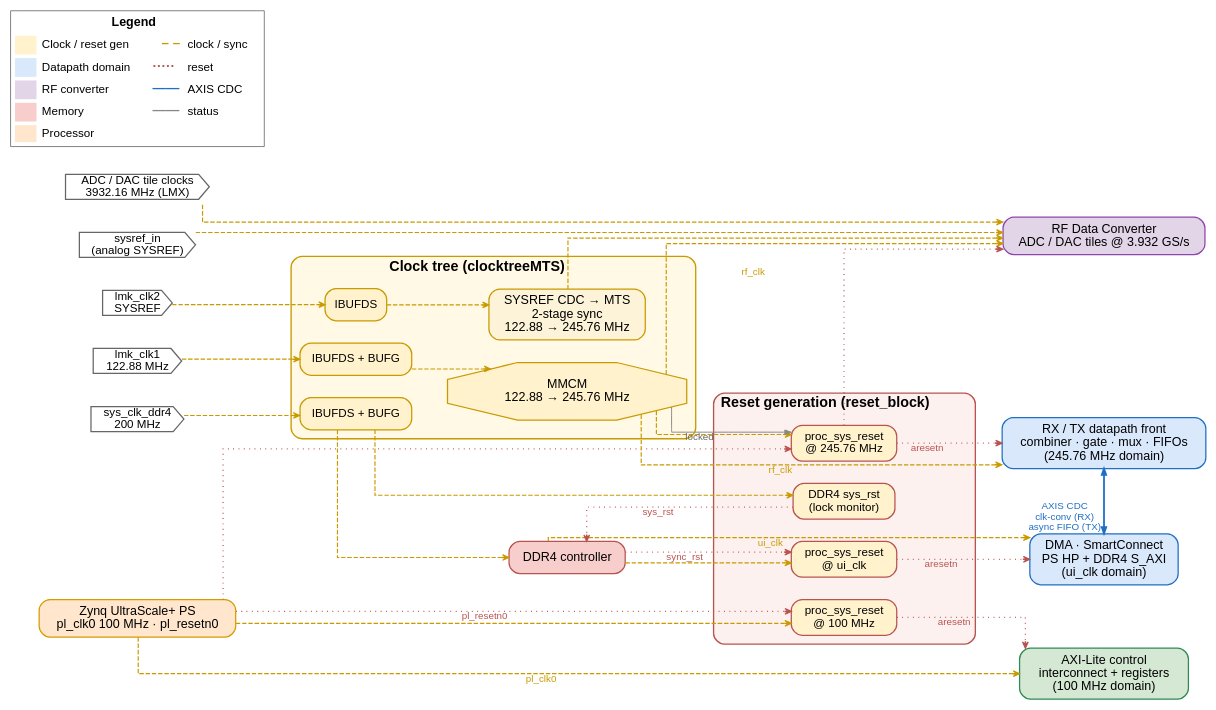
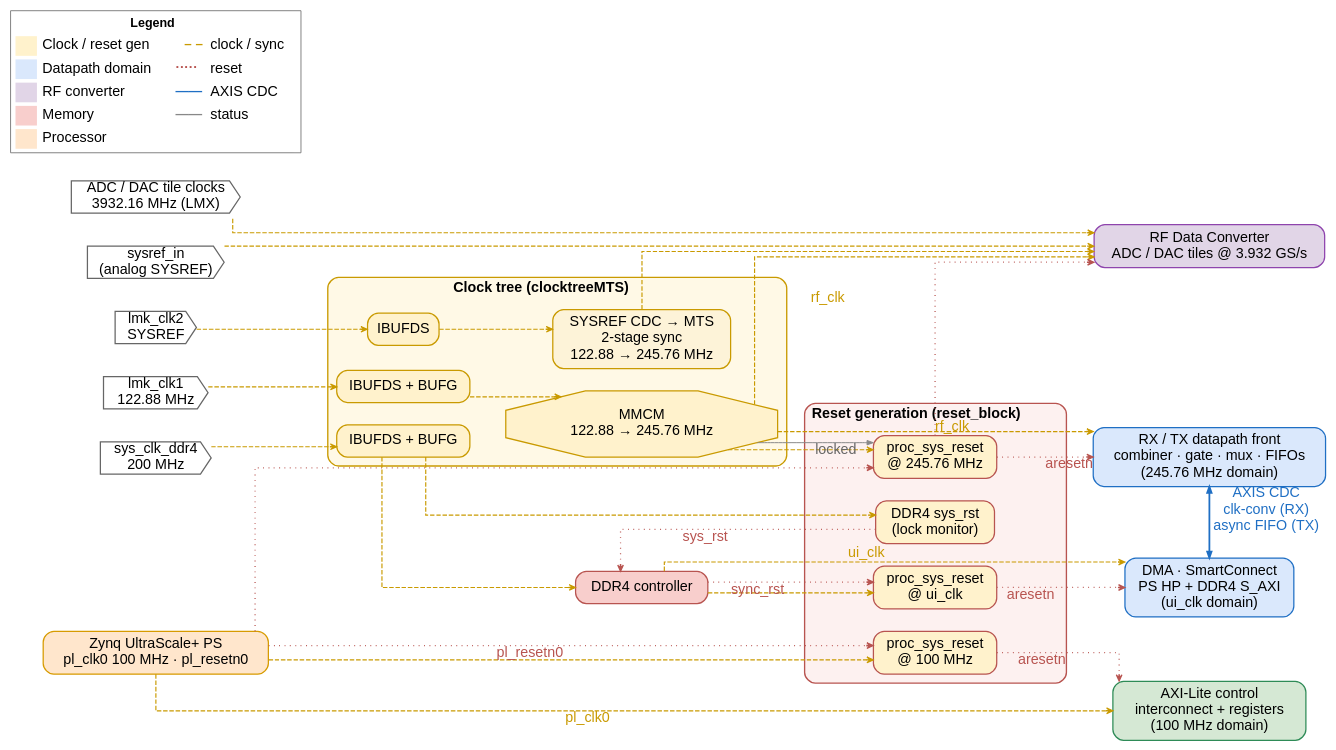
The diagram in vivado/sounder_bbf_sivers_ddr4_2x2/arch_diagrams/9_paper_clocking_sync.dot (ali-rasteh/rfsoc-sdr), drawn with Graphviz before and after one commit. The commit also changed 7 other files, not shown here.

Commit message:
Updated paper block diagrams

```diff
--- a/vivado/sounder_bbf_sivers_ddr4_2x2/arch_diagrams/9_paper_clocking_sync.dot
+++ b/vivado/sounder_bbf_sivers_ddr4_2x2/arch_diagrams/9_paper_clocking_sync.dot
@@ -1,104 +1,104 @@
 digraph "paper_clocking_sync" {
   graph [rankdir=LR, splines=ortho, nodesep=0.35, ranksep=0.55, fontname="Helvetica",
          bgcolor="white", forcelabels=true, pack=false];
-  node  [fontname="Helvetica", fontsize=14, shape=box, style="filled,rounded",
+  node  [fontname="Helvetica", fontsize=16, shape=box, style="filled,rounded",
          penwidth=1.4, margin="0.14,0.09"];
-  edge  [fontname="Helvetica", fontsize=11, penwidth=1.3, arrowsize=0.7];
+  edge  [fontname="Helvetica", fontsize=16, penwidth=1.3, arrowsize=0.7];
 
   /* ---------- external clock / sync inputs ---------- */
-  "x_sysref" [label="sysref_in\n(analog SYSREF)",  shape=cds, fillcolor="#FFFFFF", color="#666666", style="filled", fontsize=13];
-  "x_lmx"    [label="ADC / DAC tile clocks\n3932.16 MHz (LMX)", shape=cds, fillcolor="#FFFFFF", color="#666666", style="filled", fontsize=13];
-  "x_lmk2"   [label="lmk_clk2\nSYSREF",            shape=cds, fillcolor="#FFFFFF", color="#666666", style="filled", fontsize=13];
-  "x_lmk1"   [label="lmk_clk1\n122.88 MHz",        shape=cds, fillcolor="#FFFFFF", color="#666666", style="filled", fontsize=13];
-  "x_ddr"    [label="sys_clk_ddr4\n200 MHz",       shape=cds, fillcolor="#FFFFFF", color="#666666", style="filled", fontsize=13];
+  "x_sysref" [label="sysref_in\n(analog SYSREF)",  shape=cds, fillcolor="#FFFFFF", color="#666666", style="filled", fontsize=16];
+  "x_lmx"    [label="ADC / DAC tile clocks\n3932.16 MHz (LMX)", shape=cds, fillcolor="#FFFFFF", color="#666666", style="filled", fontsize=16];
+  "x_lmk2"   [label="lmk_clk2\nSYSREF",            shape=cds, fillcolor="#FFFFFF", color="#666666", style="filled", fontsize=16];
+  "x_lmk1"   [label="lmk_clk1\n122.88 MHz",        shape=cds, fillcolor="#FFFFFF", color="#666666", style="filled", fontsize=16];
+  "x_ddr"    [label="sys_clk_ddr4\n200 MHz",       shape=cds, fillcolor="#FFFFFF", color="#666666", style="filled", fontsize=16];
   "ps"       [label="Zynq UltraScale+ PS\npl_clk0 100 MHz · pl_resetn0", fillcolor="#FFE6CC", color="#D79B00"];
 
   { rank=same; "x_sysref"; "x_lmx"; "x_lmk2"; "x_lmk1"; "x_ddr"; "ps"; }
   "x_lmx" -> "x_sysref" [style=invis];
   "x_sysref" -> "x_lmk2" [style=invis];
   "x_lmk2" -> "x_lmk1"  [style=invis];
   "x_lmk1" -> "x_ddr"   [style=invis];
   "x_ddr" -> "ps"       [style=invis];
 
   /* ---------- clock tree ---------- */
   subgraph "cluster_clktree" {
     label=<<b>Clock tree (clocktreeMTS)</b>>; fontsize=16; style="rounded"; color="#C99A00"; bgcolor="#FFF9E6"; penwidth=1.5; margin=10;
-    "buf_sr"  [label="IBUFDS",        fillcolor="#FFF2CC", color="#C99A00", fontsize=13];
-    "buf_pl"  [label="IBUFDS + BUFG", fillcolor="#FFF2CC", color="#C99A00", fontsize=13];
-    "buf_ddr" [label="IBUFDS + BUFG", fillcolor="#FFF2CC", color="#C99A00", fontsize=13];
+    "buf_sr"  [label="IBUFDS",        fillcolor="#FFF2CC", color="#C99A00", fontsize=16];
+    "buf_pl"  [label="IBUFDS + BUFG", fillcolor="#FFF2CC", color="#C99A00", fontsize=16];
+    "buf_ddr" [label="IBUFDS + BUFG", fillcolor="#FFF2CC", color="#C99A00", fontsize=16];
     "cdc"     [label="SYSREF CDC &#8594; MTS\n2-stage sync\n122.88 &#8594; 245.76 MHz", fillcolor="#FDF3D8", color="#C99A00"];
     "mmcm"    [label="MMCM\n122.88 &#8594; 245.76 MHz", shape=octagon, style="filled", fillcolor="#FFF2CC", color="#C99A00"];
   }
 
   /* ---------- DDR4 controller (ui_clk source) ---------- */
   "ddr4" [label="DDR4 controller", fillcolor="#F8CECC", color="#B85450"];
 
   /* ---------- reset generation ---------- */
   subgraph "cluster_rst" {
     label=<<b>Reset generation (reset_block)</b>>; fontsize=16; style="rounded"; color="#B85450"; bgcolor="#FDF1F0"; penwidth=1.5; margin=10;
-    "rst_rf"  [label="proc_sys_reset\n@ 245.76 MHz", fillcolor="#FFF2CC", color="#B85450", fontsize=13];
-    "rst_ddr" [label="proc_sys_reset\n@ ui_clk",     fillcolor="#FFF2CC", color="#B85450", fontsize=13];
-    "rst_ps8" [label="proc_sys_reset\n@ 100 MHz",    fillcolor="#FFF2CC", color="#B85450", fontsize=13];
-    "srgen"   [label="DDR4 sys_rst\n(lock monitor)", fillcolor="#FFF2CC", color="#B85450", fontsize=13];
+    "rst_rf"  [label="proc_sys_reset\n@ 245.76 MHz", fillcolor="#FFF2CC", color="#B85450", fontsize=16];
+    "rst_ddr" [label="proc_sys_reset\n@ ui_clk",     fillcolor="#FFF2CC", color="#B85450", fontsize=16];
+    "rst_ps8" [label="proc_sys_reset\n@ 100 MHz",    fillcolor="#FFF2CC", color="#B85450", fontsize=16];
+    "srgen"   [label="DDR4 sys_rst\n(lock monitor)", fillcolor="#FFF2CC", color="#B85450", fontsize=16];
   }
 
   /* ---------- clock sinks (right column) ---------- */
   "rfdc"     [label="RF Data Converter\nADC / DAC tiles @ 3.932 GS/s",   fillcolor="#E1D5E7", color="#8E44AD"];
   "dom_rf"   [label="RX / TX datapath front\ncombiner · gate · mux · FIFOs\n(245.76 MHz domain)", fillcolor="#DAE8FC", color="#1F6FC4"];
   "dom_ui"   [label="DMA · SmartConnect\nPS HP + DDR4 S_AXI\n(ui_clk domain)",                    fillcolor="#DAE8FC", color="#1F6FC4"];
   "dom_lite" [label="AXI-Lite control\ninterconnect + registers\n(100 MHz domain)",               fillcolor="#D5E8D4", color="#2E8B57"];
 
   { rank=same; "rfdc"; "dom_rf"; "dom_ui"; "dom_lite"; }
 
   /* ---------- clock distribution ---------- */
   "x_lmk1" -> "buf_pl" [color="#C99A00", style=dashed, arrowhead=vee];
   "buf_pl" -> "mmcm"   [color="#C99A00", style=dashed, arrowhead=vee];
   "mmcm" -> "rfdc"   [color="#C99A00", style=dashed, arrowhead=vee, xlabel="\n\nrf_clk", fontcolor="#C99A00"];
   "mmcm" -> "dom_rf" [color="#C99A00", style=dashed, arrowhead=vee, xlabel="rf_clk", fontcolor="#C99A00"];
   "mmcm" -> "rst_rf" [color="#C99A00", style=dashed, arrowhead=vee];
 
   "x_lmk2" -> "buf_sr" [color="#C99A00", style=dashed, arrowhead=vee];
   "buf_sr" -> "cdc"    [color="#C99A00", style=dashed, arrowhead=vee];
   "cdc" -> "rfdc" [color="#C99A00", style=dashed, arrowhead=vee];
   "x_sysref" -> "rfdc" [color="#C99A00", style=dashed, arrowhead=vee, weight=3];
   "x_lmx"    -> "rfdc" [color="#C99A00", style=dashed, arrowhead=vee, weight=3];
 
   "x_ddr"   -> "buf_ddr" [color="#C99A00", style=dashed, arrowhead=vee];
   "buf_ddr" -> "ddr4"  [color="#C99A00", style=dashed, arrowhead=vee];
   "buf_ddr" -> "srgen" [color="#C99A00", style=dashed, arrowhead=vee];
   "ddr4" -> "dom_ui"  [color="#C99A00", style=dashed, arrowhead=vee, xlabel="ui_clk", fontcolor="#C99A00"];
   "ddr4" -> "rst_ddr" [color="#C99A00", style=dashed, arrowhead=vee];
 
   "ps" -> "dom_lite" [color="#C99A00", style=dashed, arrowhead=vee, xlabel="pl_clk0", fontcolor="#C99A00"];
   "ps" -> "rst_ps8"  [color="#C99A00", style=dashed, arrowhead=vee];
 
   /* ---------- datapath clock-domain crossing ---------- */
   "dom_rf" -> "dom_ui" [dir=both, color="#1F6FC4", style=solid, penwidth=2.0,
                         xlabel="AXIS CDC\nclk-conv (RX)\nasync FIFO (TX)", fontcolor="#1F6FC4"];
 
   /* ---------- resets ---------- */
   "ps" -> "rst_ps8" [color="#B85450", style=dotted, penwidth=1.4, arrowhead=vee, xlabel="pl_resetn0", fontcolor="#B85450"];
   "ps" -> "rst_rf"  [color="#B85450", style=dotted, penwidth=1.4, arrowhead=vee];
   "mmcm" -> "rst_rf" [color="#888888", style=solid, penwidth=1.1, arrowhead=normal, xlabel="locked", fontcolor="#666666"];
   "ddr4" -> "rst_ddr" [color="#B85450", style=dotted, penwidth=1.4, arrowhead=vee, xlabel="sync_rst", fontcolor="#B85450"];
   "srgen" -> "ddr4" [color="#B85450", style=dotted, penwidth=1.4, arrowhead=vee, xlabel="sys_rst", fontcolor="#B85450", constraint=false];
   "rst_ps8" -> "dom_lite" [color="#B85450", style=dotted, penwidth=1.4, arrowhead=vee, xlabel="aresetn", fontcolor="#B85450"];
   "rst_ddr" -> "dom_ui"   [color="#B85450", style=dotted, penwidth=1.4, arrowhead=vee, xlabel="aresetn", fontcolor="#B85450"];
   "rst_rf"  -> "dom_rf"   [color="#B85450", style=dotted, penwidth=1.4, arrowhead=vee, xlabel="aresetn", fontcolor="#B85450"];
   "rst_rf"  -> "rfdc"     [color="#B85450", style=dotted, penwidth=1.4, arrowhead=vee];
 
   /* ---------- legend ---------- */
   "legend" [shape=plaintext, margin=0, label=<<table border="1" color="#777777" cellborder="0" cellspacing="4" cellpadding="2" bgcolor="white">
     <tr><td colspan="4" align="center"><font point-size="14"><b>Legend</b></font></td></tr>
-    <tr><td bgcolor="#FFF2CC" width="24"><font point-size="4"> </font></td><td align="left"><font point-size="13">Clock / reset gen</font></td>
-        <td align="right"><font color="#C99A00" point-size="15"><b>&#8211; &#8211;</b></font></td><td align="left"><font point-size="13">clock / sync</font></td></tr>
-    <tr><td bgcolor="#DAE8FC" width="24"><font point-size="4"> </font></td><td align="left"><font point-size="13">Datapath domain</font></td>
-        <td align="right"><font color="#B85450" point-size="15"><b>&#183;&#183;&#183;&#183;&#183;</b></font></td><td align="left"><font point-size="13">reset</font></td></tr>
-    <tr><td bgcolor="#E1D5E7" width="24"><font point-size="4"> </font></td><td align="left"><font point-size="13">RF converter</font></td>
-        <td align="right"><font color="#1F6FC4" point-size="15"><b>&#8213;&#8213;</b></font></td><td align="left"><font point-size="13">AXIS CDC</font></td></tr>
-    <tr><td bgcolor="#F8CECC" width="24"><font point-size="4"> </font></td><td align="left"><font point-size="13">Memory</font></td>
-        <td align="right"><font color="#888888" point-size="15"><b>&#8213;&#8213;</b></font></td><td align="left"><font point-size="13">status</font></td></tr>
-    <tr><td bgcolor="#FFE6CC" width="24"><font point-size="4"> </font></td><td align="left"><font point-size="13">Processor</font></td>
+    <tr><td bgcolor="#FFF2CC" width="24"><font point-size="4"> </font></td><td align="left"><font point-size="16">Clock / reset gen</font></td>
+        <td align="right"><font color="#C99A00" point-size="15"><b>&#8211; &#8211;</b></font></td><td align="left"><font point-size="16">clock / sync</font></td></tr>
+    <tr><td bgcolor="#DAE8FC" width="24"><font point-size="4"> </font></td><td align="left"><font point-size="16">Datapath domain</font></td>
+        <td align="right"><font color="#B85450" point-size="15"><b>&#183;&#183;&#183;&#183;&#183;</b></font></td><td align="left"><font point-size="16">reset</font></td></tr>
+    <tr><td bgcolor="#E1D5E7" width="24"><font point-size="4"> </font></td><td align="left"><font point-size="16">RF converter</font></td>
+        <td align="right"><font color="#1F6FC4" point-size="15"><b>&#8213;&#8213;</b></font></td><td align="left"><font point-size="16">AXIS CDC</font></td></tr>
+    <tr><td bgcolor="#F8CECC" width="24"><font point-size="4"> </font></td><td align="left"><font point-size="16">Memory</font></td>
+        <td align="right"><font color="#888888" point-size="15"><b>&#8213;&#8213;</b></font></td><td align="left"><font point-size="16">status</font></td></tr>
+    <tr><td bgcolor="#FFE6CC" width="24"><font point-size="4"> </font></td><td align="left"><font point-size="16">Processor</font></td>
         <td> </td><td> </td></tr>
   </table>>];
 }
```
